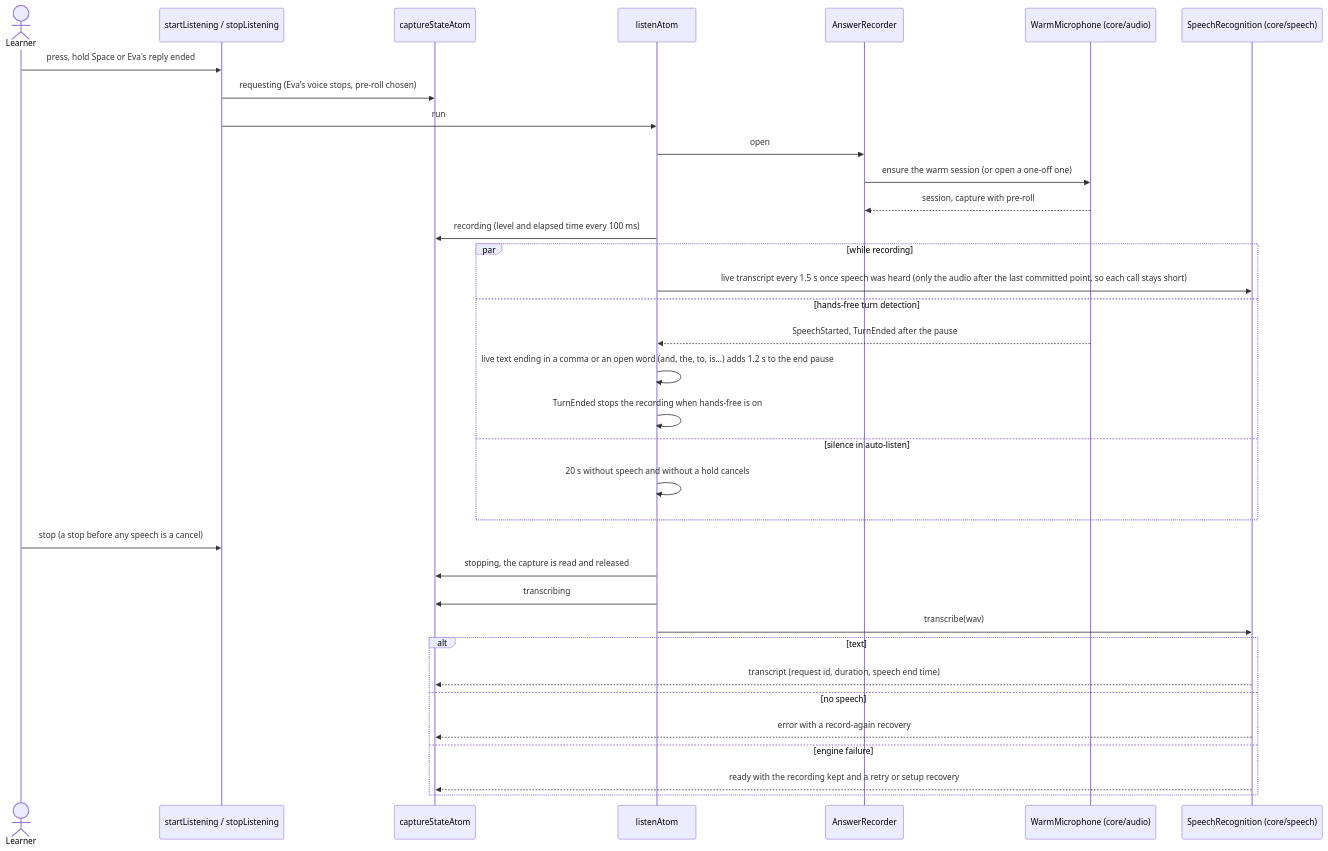
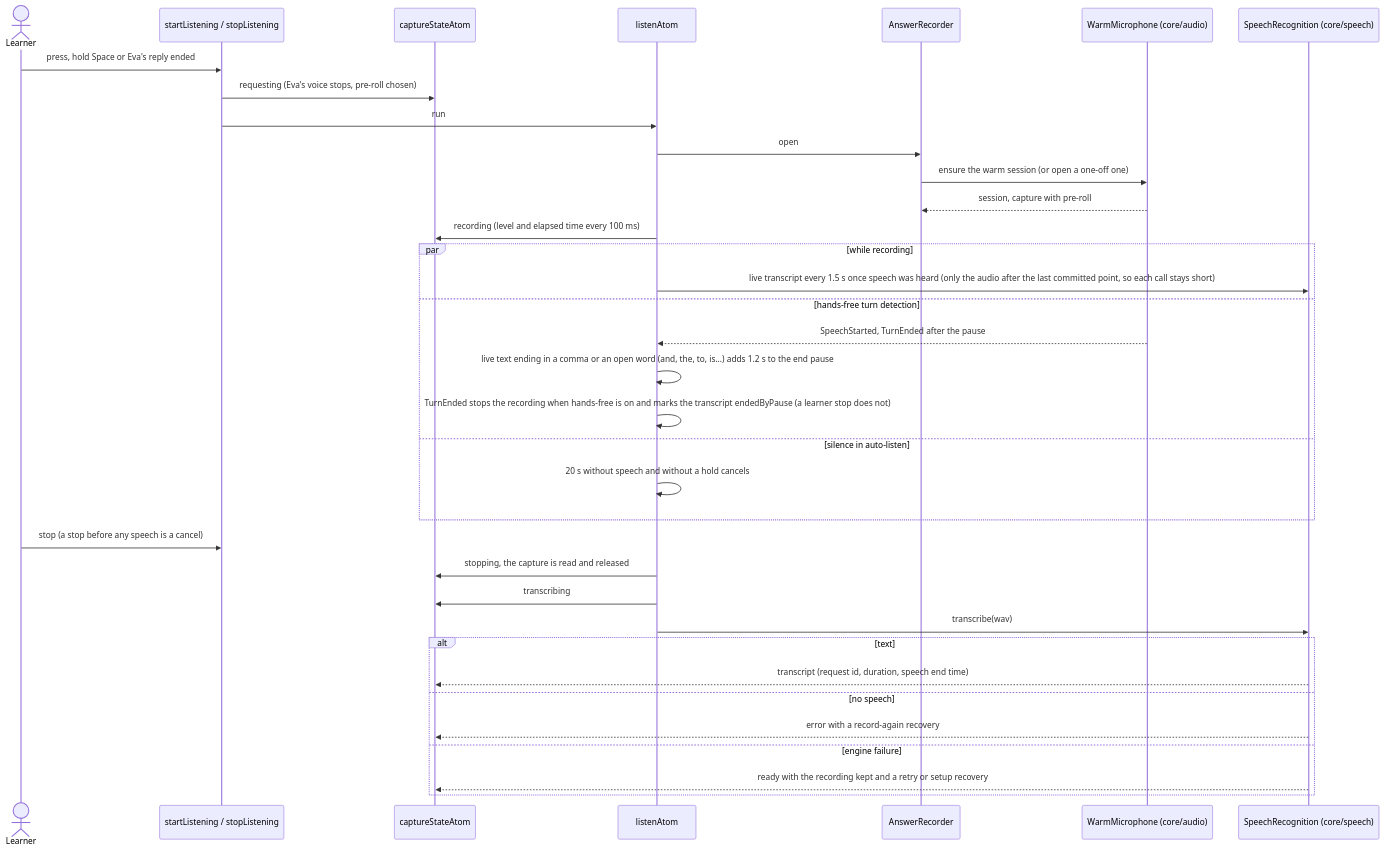
One commit to oleksii-latyshev/english-trainer changed the diagram in src/core/answer-capture/flow.md. Above: the diagram before and after it, drawn with Mermaid. The commit also changed 34 other files, not shown here.

````diff
--- a/src/core/answer-capture/flow.md
+++ b/src/core/answer-capture/flow.md
@@ -9,38 +9,38 @@
 ```mermaid
 sequenceDiagram
     actor Learner
     participant Controls as startListening / stopListening
     participant State as captureStateAtom
     participant Listen as listenAtom
     participant Recorder as AnswerRecorder
     participant Warm as WarmMicrophone (core/audio)
     participant Whisper as SpeechRecognition (core/speech)
 
     Learner->>Controls: press, hold Space or Eva's reply ended
     Controls->>State: requesting (Eva's voice stops, pre-roll chosen)
     Controls->>Listen: run
     Listen->>Recorder: open
     Recorder->>Warm: ensure the warm session (or open a one-off one)
     Warm-->>Recorder: session, capture with pre-roll
     Listen->>State: recording (level and elapsed time every 100 ms)
     par while recording
         Listen->>Whisper: live transcript every 1.5 s once speech was heard (only the audio after the last committed point, so each call stays short)
     and hands-free turn detection
         Warm-->>Listen: SpeechStarted, TurnEnded after the pause
         Listen->>Listen: live text ending in a comma or an open word (and, the, to, is...) adds 1.2 s to the end pause
-        Listen->>Listen: TurnEnded stops the recording when hands-free is on
+        Listen->>Listen: TurnEnded stops the recording when hands-free is on and marks the transcript endedByPause (a learner stop does not)
     and silence in auto-listen
         Listen->>Listen: 20 s without speech and without a hold cancels
     end
     Learner->>Controls: stop (a stop before any speech is a cancel)
     Listen->>State: stopping, the capture is read and released
     Listen->>State: transcribing
     Listen->>Whisper: transcribe(wav)
     alt text
         Whisper-->>State: transcript (request id, duration, speech end time)
     else no speech
         Whisper-->>State: error with a record-again recovery
     else engine failure
         Whisper-->>State: ready with the recording kept and a retry or setup recovery
     end
 ```
````
